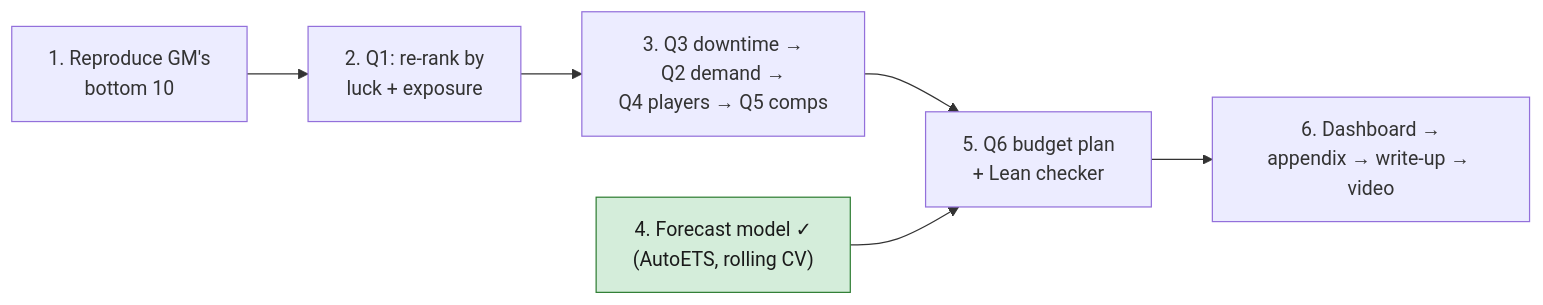
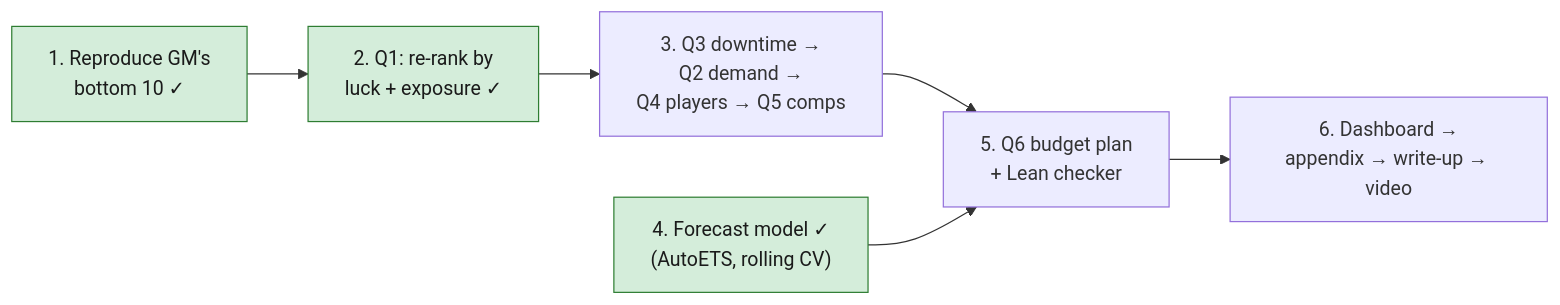
The fifth of 5 diagrams in docs/OVERVIEW.md (alemanb/dashboard-royale), drawn with Mermaid before and after one commit. The commit also changed other lines of this file and 5 other files, not shown here.

````diff
--- a/docs/OVERVIEW.md
+++ b/docs/OVERVIEW.md
@@ -155,9 +156,11 @@
 ```mermaid
 flowchart LR
-    S1["1. Reproduce GM's<br/>bottom 10"] --> S2["2. Q1: re-rank by<br/>luck + exposure"]
+    S1["1. Reproduce GM's<br/>bottom 10 ✓"] --> S2["2. Q1: re-rank by<br/>luck + exposure ✓"]
     S2 --> S3["3. Q3 downtime →<br/>Q2 demand →<br/>Q4 players → Q5 comps"]
     S3 --> S5["5. Q6 budget plan<br/>+ Lean checker"]
     S4["4. Forecast model ✓<br/>(AutoETS, rolling CV)"] --> S5
     S5 --> S6["6. Dashboard →<br/>appendix → write-up → video"]
+    style S1 fill:#d4edda,stroke:#2e7d32,color:#1a1a1a
+    style S2 fill:#d4edda,stroke:#2e7d32,color:#1a1a1a
     style S4 fill:#d4edda,stroke:#2e7d32,color:#1a1a1a
 ```
````
